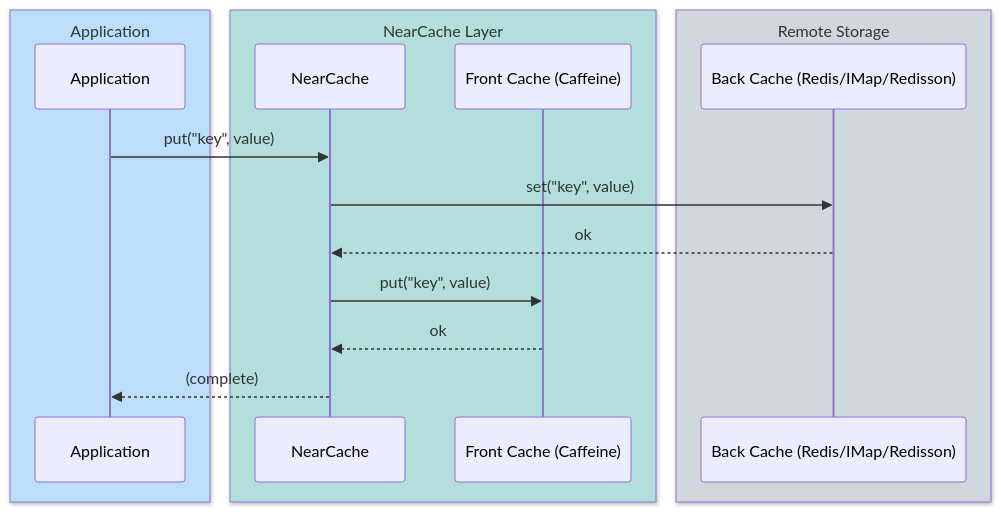
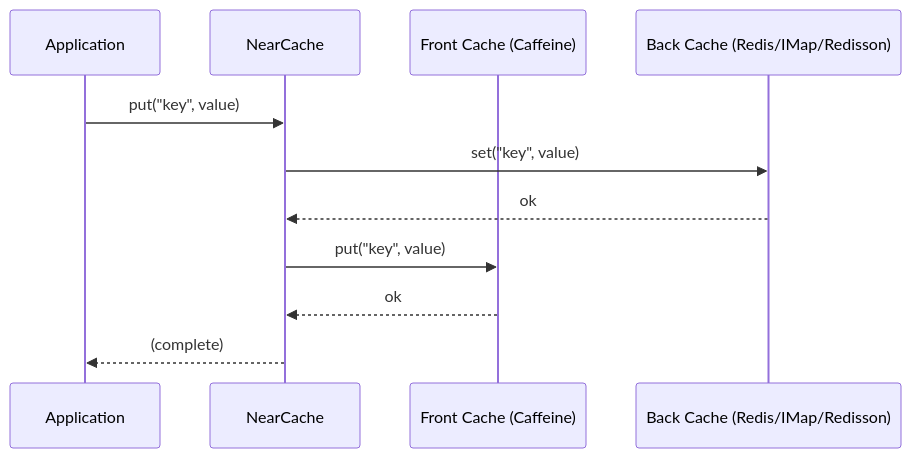
The second of 3 diagrams in infra/cache-core/README.md (bluetape4k/bluetape4k-projects), drawn with Mermaid before and after one commit. The commit also changed other lines of this file and 219 other files, not shown here.

First line of the commit message:
docs: 전체 README Mermaid 다이어그램 가이드 적용

````diff
--- a/infra/cache-core/README.md
+++ b/infra/cache-core/README.md
@@ -98,19 +92,13 @@
 ```mermaid
 sequenceDiagram
-    box rgb(187,222,251) Application
     participant App as Application
-    end
-    box rgb(178,223,219) NearCache Layer
     participant NC as NearCache
     participant Front as Front Cache (Caffeine)
-    end
-    box rgb(207,216,220) Remote Storage
     participant Back as Back Cache (Redis/IMap/Redisson)
-    end
     App ->> NC: put("key", value)
     NC ->> Back: set("key", value)
     Back -->> NC: ok
     NC ->> Front: put("key", value)
     Front -->> NC: ok
     NC -->> App: (complete)
 ```
````
